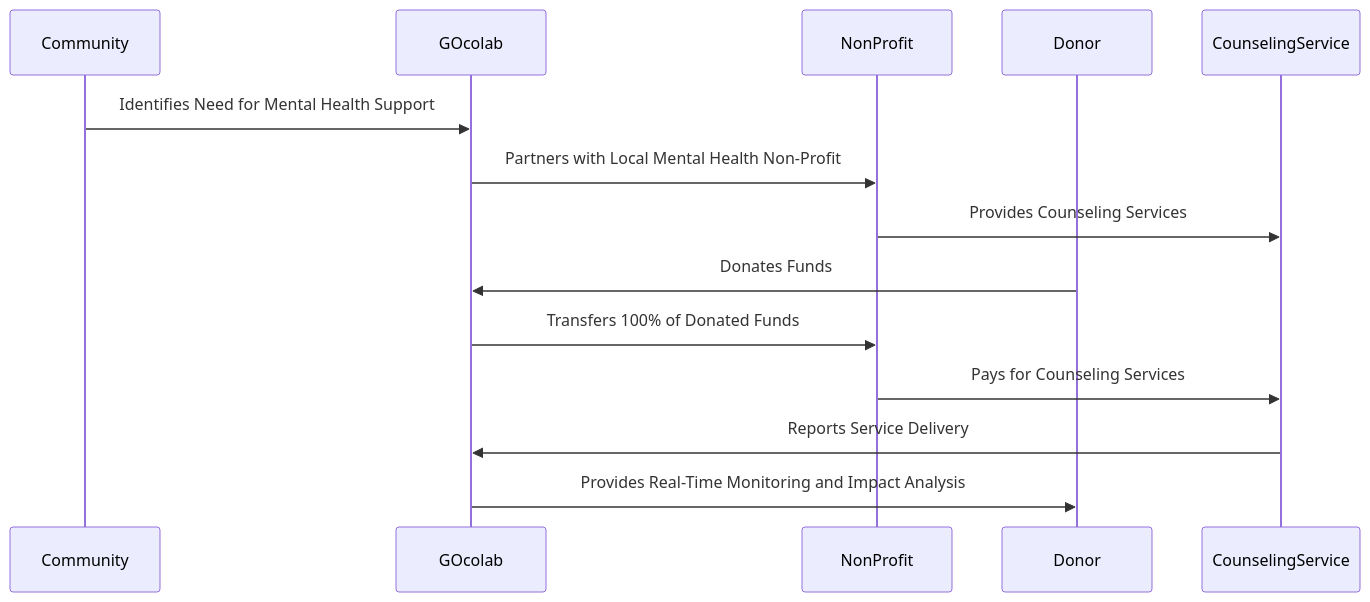
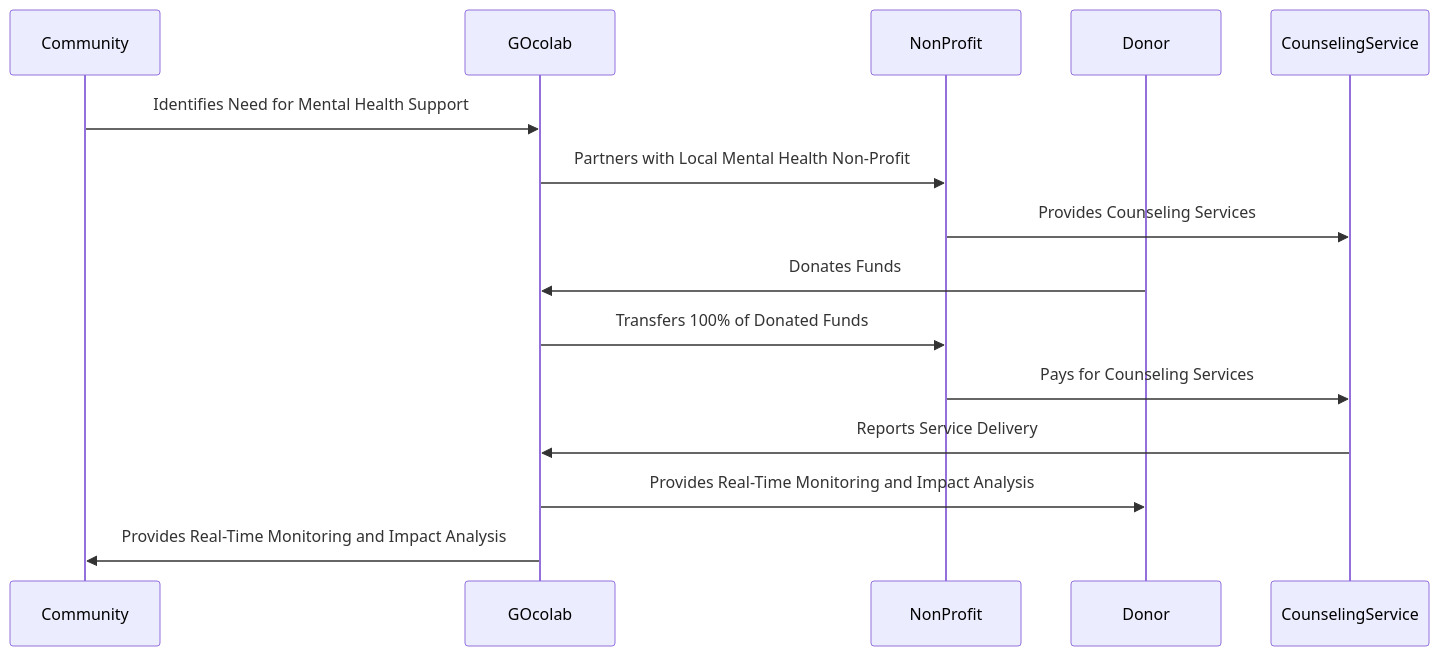
One commit to amotivv/gocolab changed the diagram in usecase.md. Above: the diagram before and after it, drawn with Mermaid.

````diff
--- a/usecase.md
+++ b/usecase.md
@@ -1,19 +1,20 @@
 ```mermaid
 sequenceDiagram
     participant Community
     participant GOcolab
     participant NonProfit
     participant Donor
     participant CounselingService
     
     Community->>GOcolab: Identifies Need for Mental Health Support
     GOcolab->>NonProfit: Partners with Local Mental Health Non-Profit
     NonProfit->>CounselingService: Provides Counseling Services
     
     Donor->>GOcolab: Donates Funds
     GOcolab->>NonProfit: Transfers 100% of Donated Funds
     
     NonProfit->>CounselingService: Pays for Counseling Services
     CounselingService->>GOcolab: Reports Service Delivery
     GOcolab->>Donor: Provides Real-Time Monitoring and Impact Analysis
+    GOcolab->>Community: Provides Real-Time Monitoring and Impact Analysis
 ```
````
